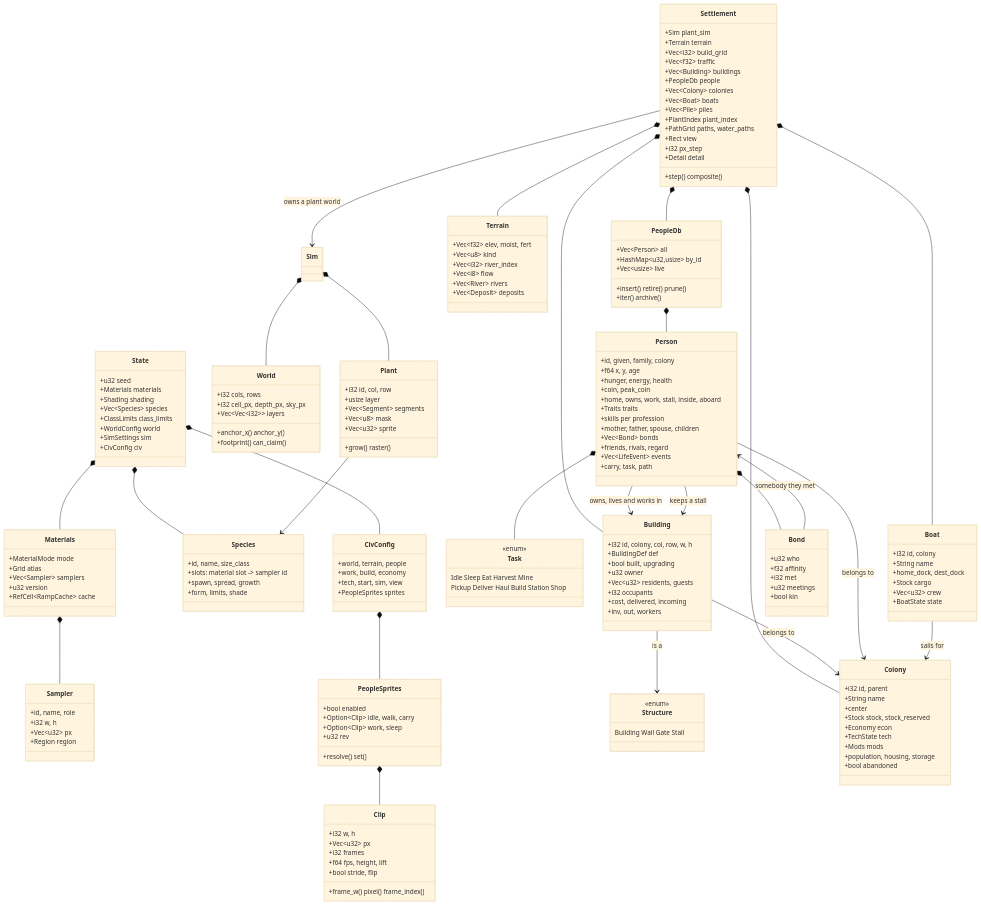
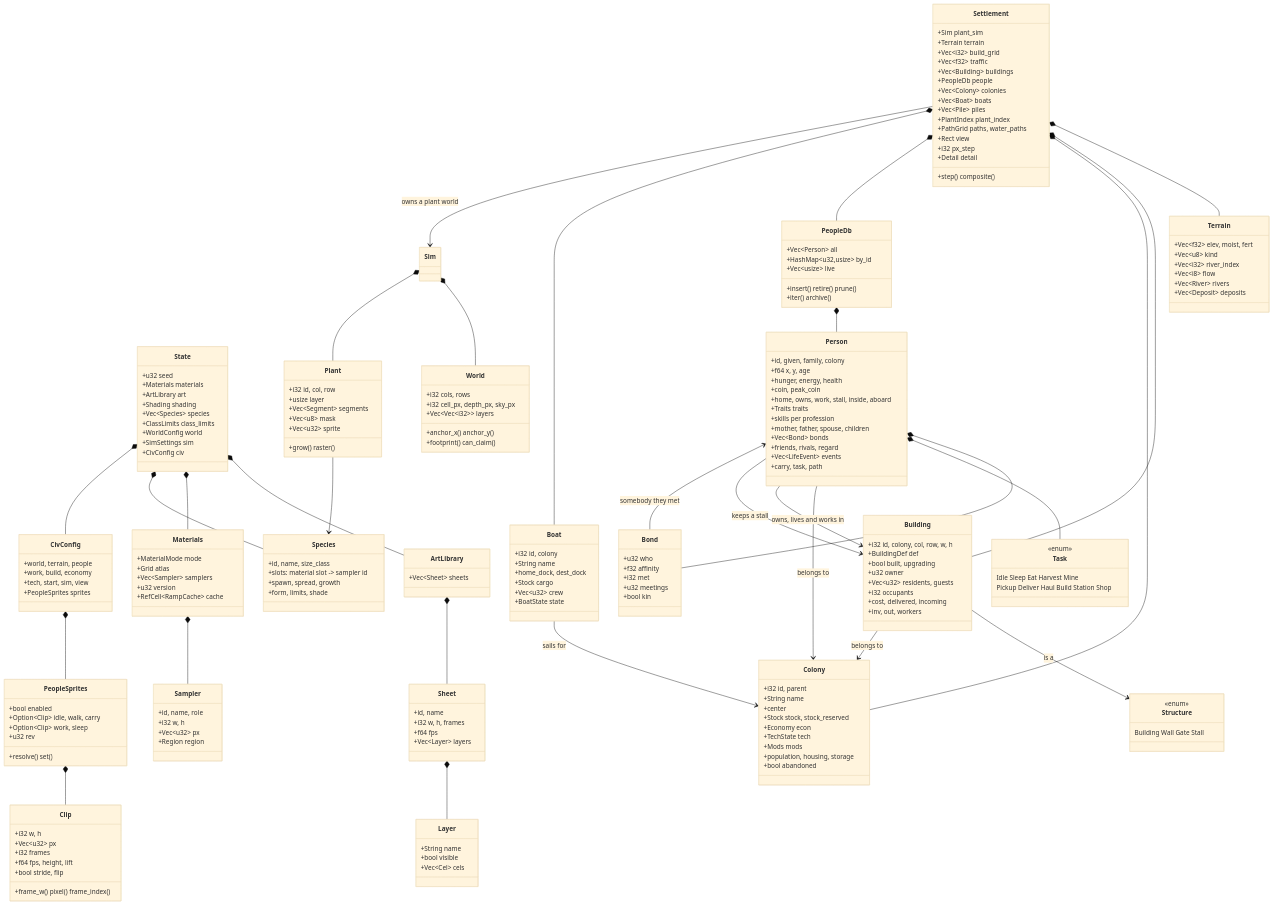
One commit to tmpk13/grow changed the fourth of 34 diagrams in ARCHITECTURE.md. Above: the diagram before and after it, drawn with Mermaid (base theme). The commit also changed other lines of this file and 25 other files, not shown here.

```diff
--- a/ARCHITECTURE.md
+++ b/ARCHITECTURE.md
@@ -181,6 +195,7 @@
   class State {
     +u32 seed
     +Materials materials
+    +ArtLibrary art
     +Shading shading
     +Vec~Species~ species
     +ClassLimits class_limits
@@ -353,6 +368,26 @@
     +bool kin
   }
 
+  class ArtLibrary {
+    +Vec~Sheet~ sheets
+  }
+
+  class Sheet {
+    +id, name
+    +i32 w, h, frames
+    +f64 fps
+    +Vec~Layer~ layers
+  }
+
+  class Layer {
+    +String name
+    +bool visible
+    +Vec~Cel~ cels
+  }
+
+  State *-- ArtLibrary
+  ArtLibrary *-- Sheet
+  Sheet *-- Layer
   State *-- Materials
   State *-- Species
   State *-- CivConfig
```
